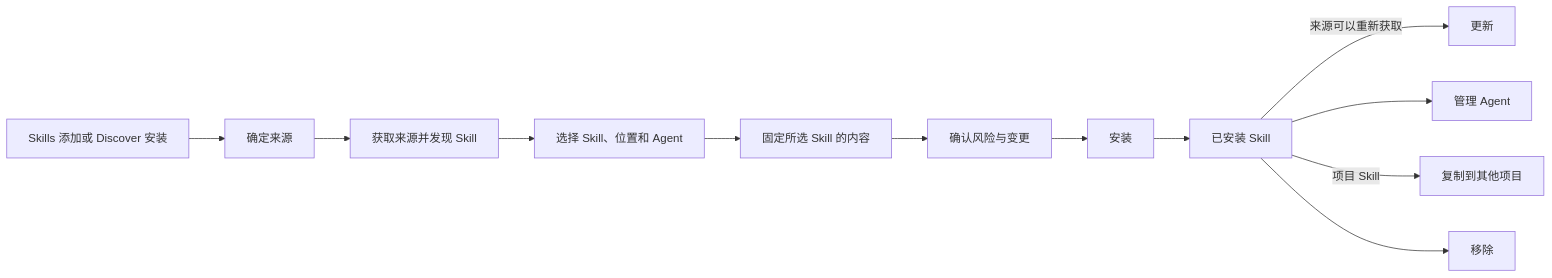
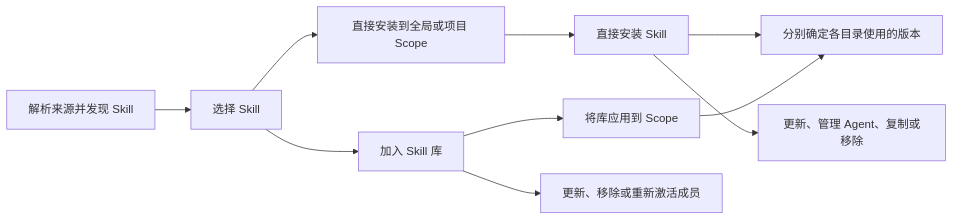
One commit to Hccake/skill-deck changed the diagram in docs/skill-lifecycle.md. Above: the diagram before and after it, drawn with Mermaid. The commit also changed other lines of this file and 23 other files, not shown here.

````diff
--- a/docs/skill-lifecycle.md
+++ b/docs/skill-lifecycle.md
@@ -7,15 +9,12 @@
 ```mermaid
 flowchart LR
-    Entry["Skills 添加或 Discover 安装"] --> Source["确定来源"]
-    Source --> Discover["获取来源并发现 Skill"]
-    Discover --> Select["选择 Skill、位置和 Agent"]
-    Select --> Prepare["固定所选 Skill 的内容"]
-    Prepare --> Preview["确认风险与变更"]
-    Preview --> Install["安装"]
-    Install --> Installed["已安装 Skill"]
-
-    Installed -->|"来源可以重新获取"| Update["更新"]
-    Installed --> Manage["管理 Agent"]
-    Installed -->|"项目 Skill"| Copy["复制到其他项目"]
-    Installed --> Remove["移除"]
+    Source["解析来源并发现 Skill"] --> Select["选择 Skill"]
+    Select --> Install["直接安装到全局或项目 Scope"]
+    Select --> Member["加入 Skill 库"]
+    Install --> Direct["直接安装 Skill"]
+    Member --> Apply["将库应用到 Scope"]
+    Direct --> Versions["分别确定各目录使用的版本"]
+    Apply --> Versions
+    Direct --> Maintain["更新、管理 Agent、复制或移除"]
+    Member --> LibraryMaintain["更新、移除或重新激活成员"]
 ```
````
